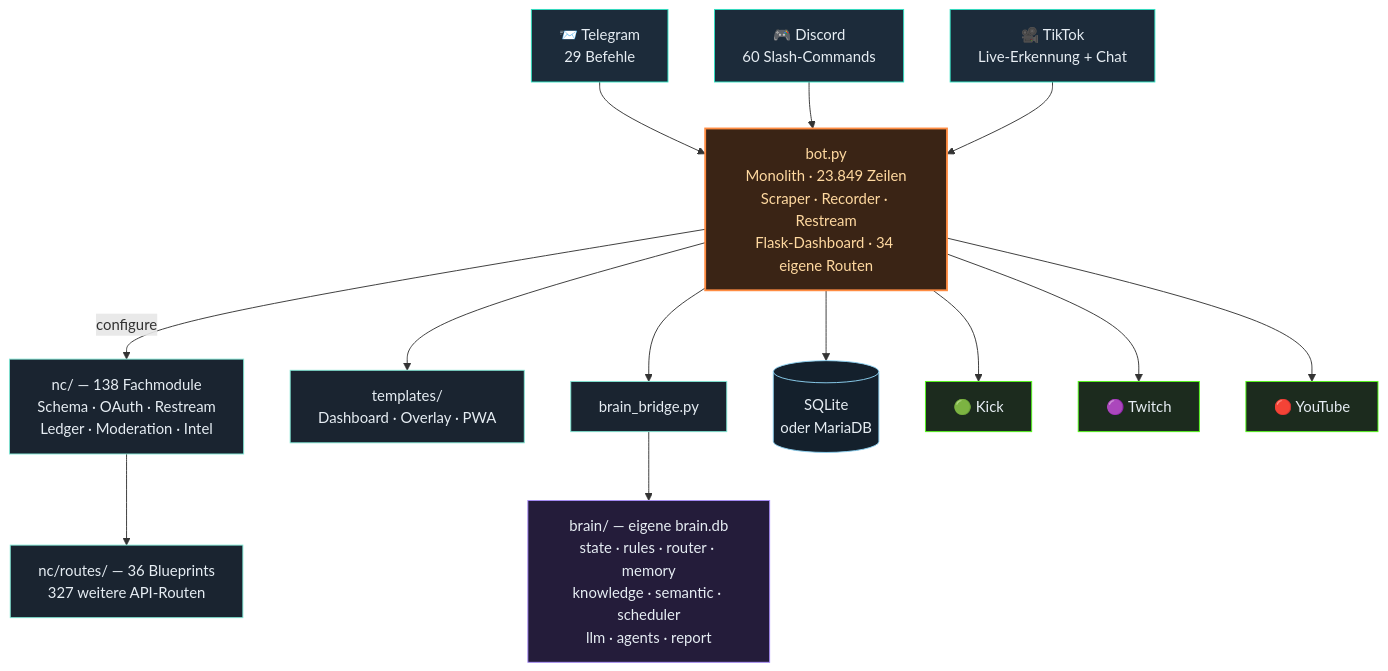
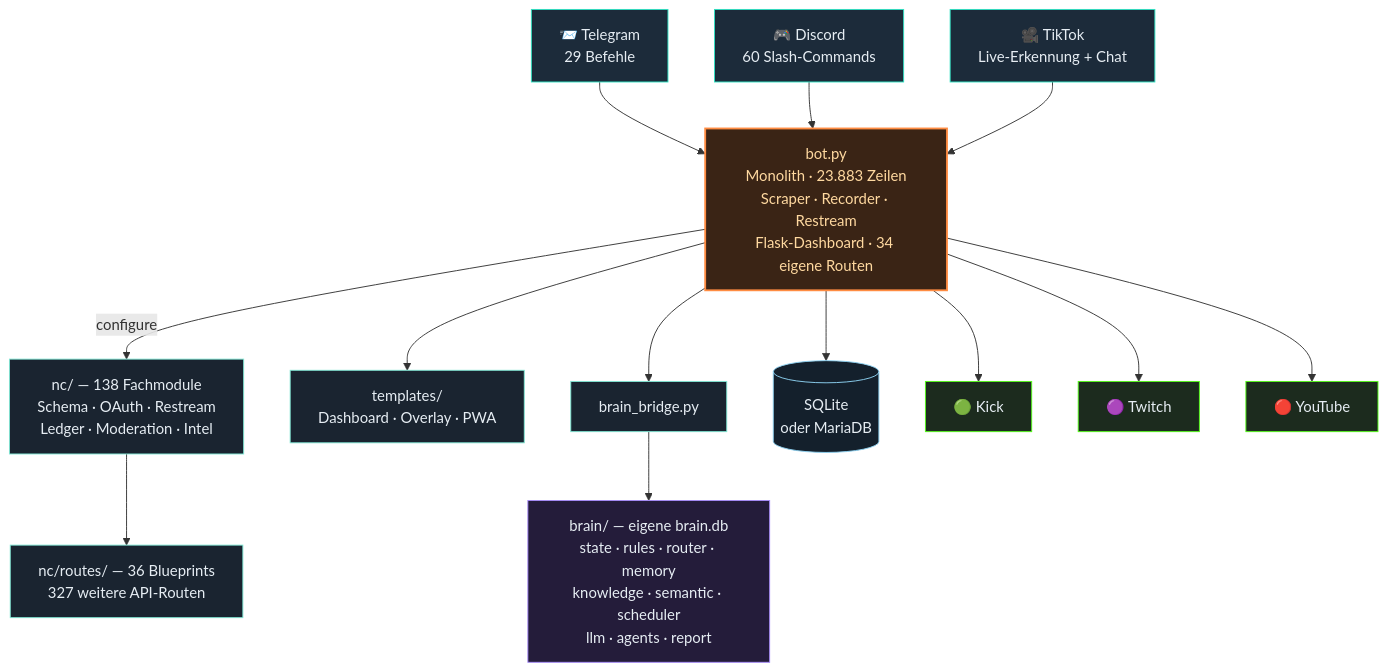
The third of 4 diagrams in README.md (itsamemedev/Telegram-Stream-Info-Bot), drawn with Mermaid before and after one commit. The commit also changed other lines of this file and 7 other files, not shown here.

````diff
--- a/README.md
+++ b/README.md
@@ -189,30 +189,30 @@
 ```mermaid
 flowchart TB
     TG["📨 Telegram<br/>29 Befehle"]:::ein
     DC["🎮 Discord<br/>60 Slash-Commands"]:::ein
     TT["🎥 TikTok<br/>Live-Erkennung + Chat"]:::ein
 
     TG --> BOT
     DC --> BOT
     TT --> BOT
 
-    BOT["bot.py<br/>Monolith · 23.849 Zeilen<br/>Scraper · Recorder · Restream<br/>Flask-Dashboard · 34 eigene Routen"]:::core
+    BOT["bot.py<br/>Monolith · 23.883 Zeilen<br/>Scraper · Recorder · Restream<br/>Flask-Dashboard · 34 eigene Routen"]:::core
 
     BOT -->|configure| NC["nc/ — 138 Fachmodule<br/>Schema · OAuth · Restream<br/>Ledger · Moderation · Intel"]:::lib
     NC --> RT["nc/routes/ — 36 Blueprints<br/>327 weitere API-Routen"]:::lib
     BOT --> TPL["templates/<br/>Dashboard · Overlay · PWA"]:::lib
     BOT --> BR["brain_bridge.py"]:::lib
     BR --> BRAIN["brain/ — eigene brain.db<br/>state · rules · router · memory<br/>knowledge · semantic · scheduler<br/>llm · agents · report"]:::brain
     BOT --> DB[("SQLite<br/>oder MariaDB")]:::db
 
     BOT --> KICK["🟢 Kick"]:::out
     BOT --> TW["🟣 Twitch"]:::out
     BOT --> YT["🔴 YouTube"]:::out
 
     classDef ein fill:#1c2b3a,stroke:#2de1c2,color:#e6edf3
     classDef core fill:#3a2415,stroke:#ff8c42,stroke-width:2px,color:#ffd9a0
     classDef lib fill:#1a2430,stroke:#7fe7d4,color:#e6edf3
     classDef brain fill:#241c3a,stroke:#a78bfa,color:#e6edf3
     classDef db fill:#14202c,stroke:#8fd3f4,color:#e6edf3
     classDef out fill:#1c2b1e,stroke:#53fc18,color:#e6edf3
 ```
````
